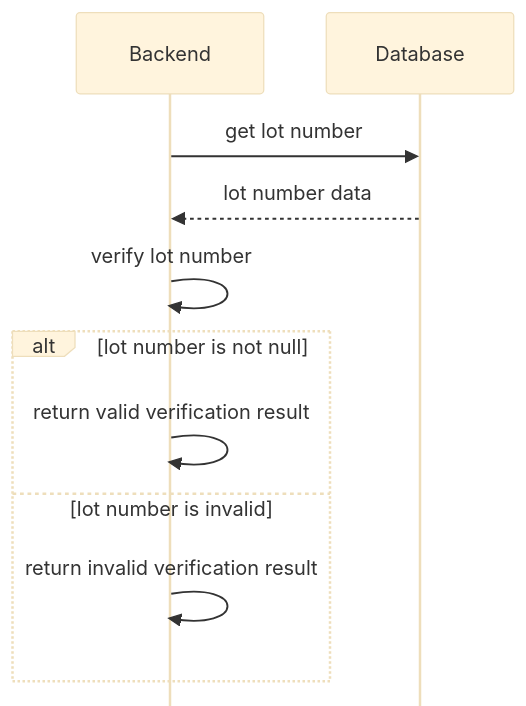
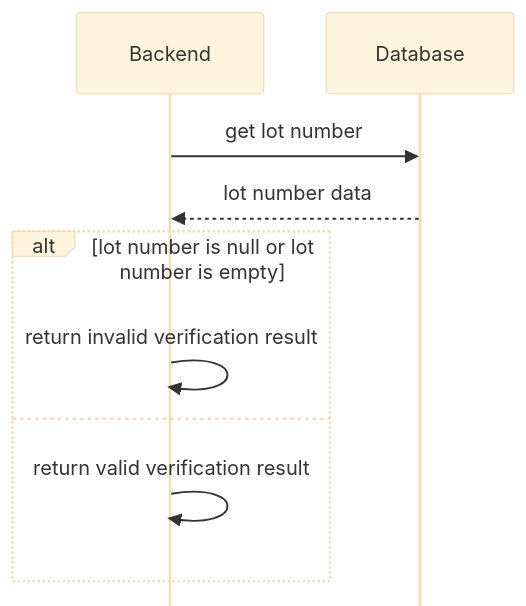
One commit to ai-cfia/fertiscan changed the diagram in docs/compliance/verification/lot_number/design.md. Above: the diagram before and after it, drawn with Mermaid (base theme).

````diff
--- a/docs/compliance/verification/lot_number/design.md
+++ b/docs/compliance/verification/lot_number/design.md
@@ -3,16 +3,15 @@
 ```mermaid
 %%{init: { "sequence": { "mirrorActors": false } }}%%
 sequenceDiagram
     participant be as Backend
     participant db as Database
 
     be ->> db : get lot number
     db -->> be : lot number data
 
-    be ->> be : verify lot number
-    alt lot number is not null
+    alt lot number is null or lot number is empty
+        be ->> be : return invalid verification result
+    else
         be ->> be : return valid verification result
-    else lot number is invalid
-        be ->> be : return invalid verification result
     end
 ```
````
